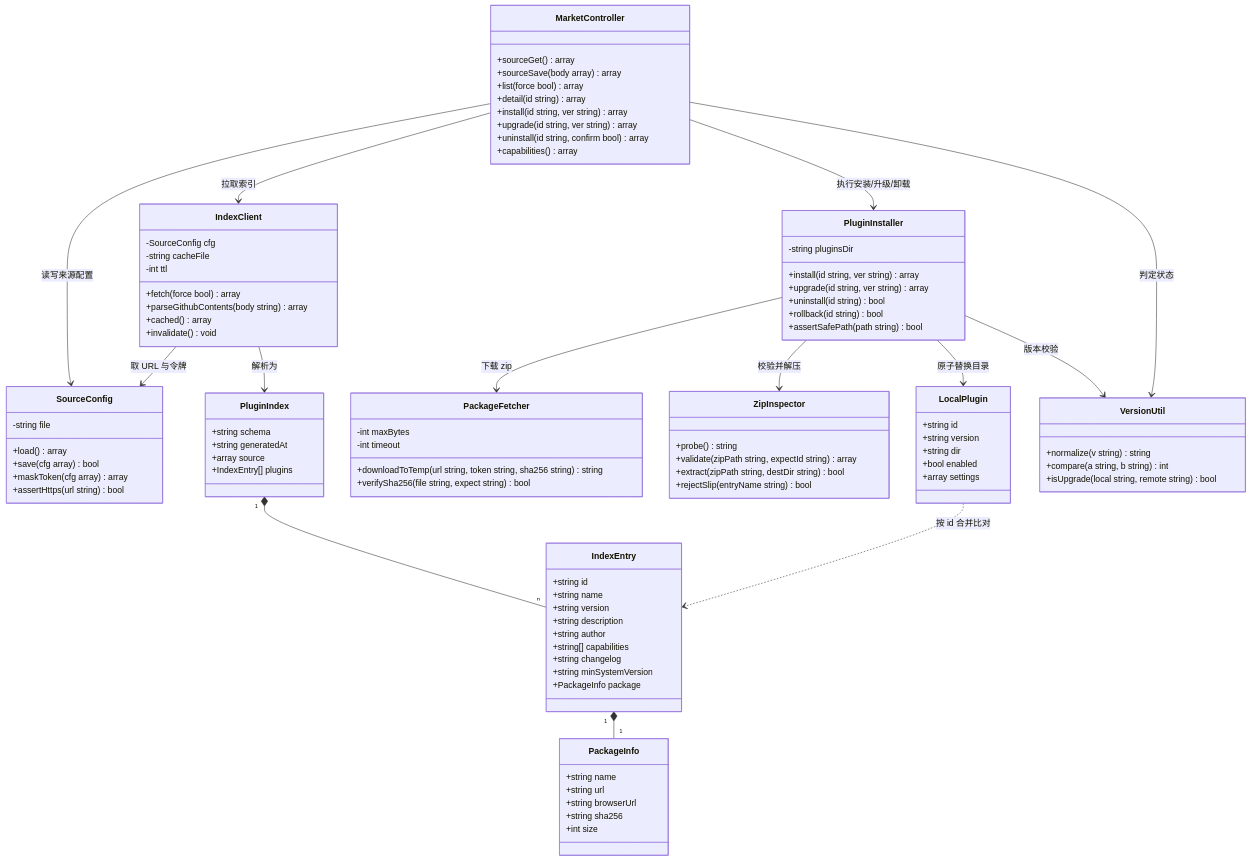
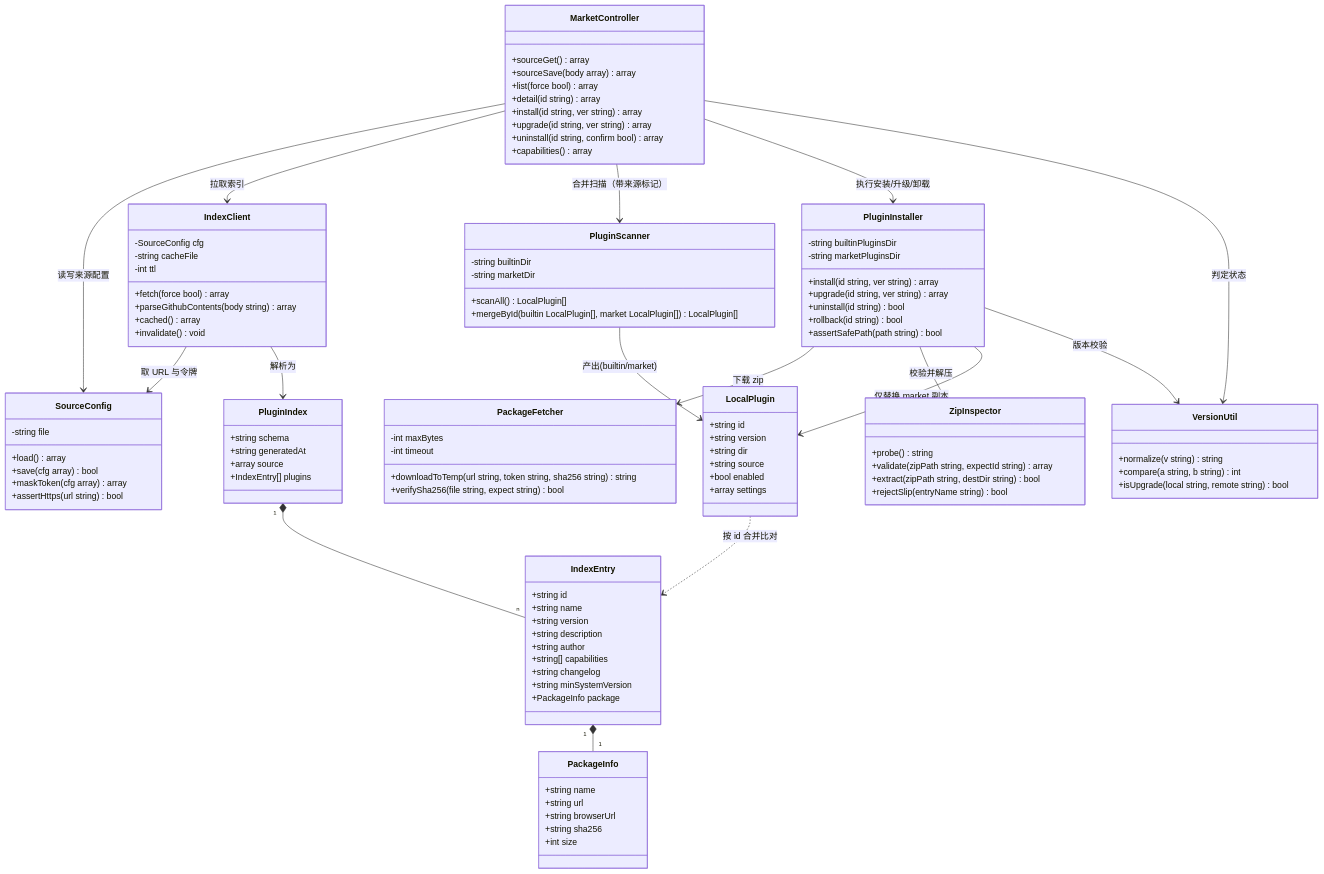
Before and after one commit to c1as/baogong-system: the third of 8 diagrams in docs/插件市场-架构设计.md, drawn with Mermaid. The commit also changed other lines of this file, not shown here.

Commit message:
docs/v1.1: 双目录策略（必备 public/plugins + 市场 data/market-plugins），U1 定案

```diff
--- a/docs/插件市场-架构设计.md
+++ b/docs/插件市场-架构设计.md
@@ -203,12 +273,19 @@
         +rejectSlip(entryName string) bool
     }
     class PluginInstaller {
-        -string pluginsDir
+        -string builtinPluginsDir
+        -string marketPluginsDir
         +install(id string, ver string) array
         +upgrade(id string, ver string) array
         +uninstall(id string) bool
         +rollback(id string) bool
         +assertSafePath(path string) bool
+    }
+    class PluginScanner {
+        -string builtinDir
+        -string marketDir
+        +scanAll() LocalPlugin[]
+        +mergeById(builtin LocalPlugin[], market LocalPlugin[]) LocalPlugin[]
     }
     class MarketController {
         +sourceGet() array
@@ -248,19 +325,22 @@
         +string id
         +string version
         +string dir
+        +string source
         +bool enabled
         +array settings
     }
 
     MarketController --> SourceConfig : 读写来源配置
     MarketController --> IndexClient : 拉取索引
+    MarketController --> PluginScanner : 合并扫描（带来源标记）
     MarketController --> PluginInstaller : 执行安装/升级/卸载
     MarketController --> VersionUtil : 判定状态
     IndexClient --> SourceConfig : 取 URL 与令牌
     IndexClient --> PluginIndex : 解析为
+    PluginScanner --> LocalPlugin : 产出(builtin/market)
     PluginInstaller --> PackageFetcher : 下载 zip
     PluginInstaller --> ZipInspector : 校验并解压
-    PluginInstaller --> LocalPlugin : 原子替换目录
+    PluginInstaller --> LocalPlugin : 仅替换 market 副本
     PluginInstaller --> VersionUtil : 版本校验
     PluginIndex "1" *-- "n" IndexEntry
     IndexEntry "1" *-- "1" PackageInfo
```
